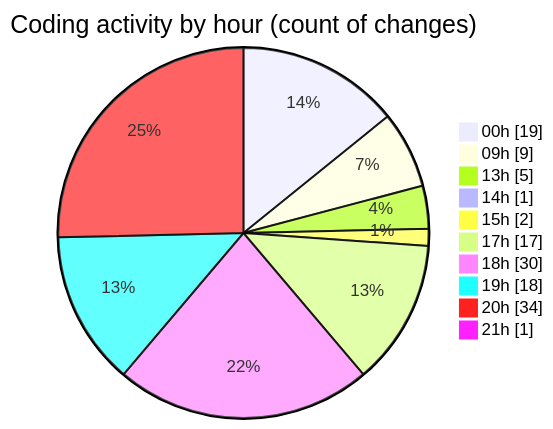
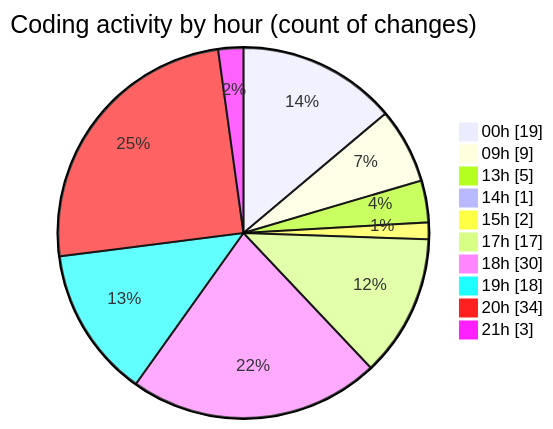
Before and after one commit to EIIisD/code-tracking: the second of 2 diagrams in 2025-08-12/ribbon/README.md, drawn with Mermaid. The commit also changed other lines of this file and 1 other file, not shown here.

````diff
--- a/2025-08-12/ribbon/README.md
+++ b/2025-08-12/ribbon/README.md
@@ -53,14 +53,14 @@
 ```mermaid
 pie showData
 title Coding activity by hour (count of changes)
 "00h" : 19
 "09h" : 9
 "13h" : 5
 "14h" : 1
 "15h" : 2
 "17h" : 17
 "18h" : 30
 "19h" : 18
 "20h" : 34
-"21h" : 1
+"21h" : 3
 ```
````
